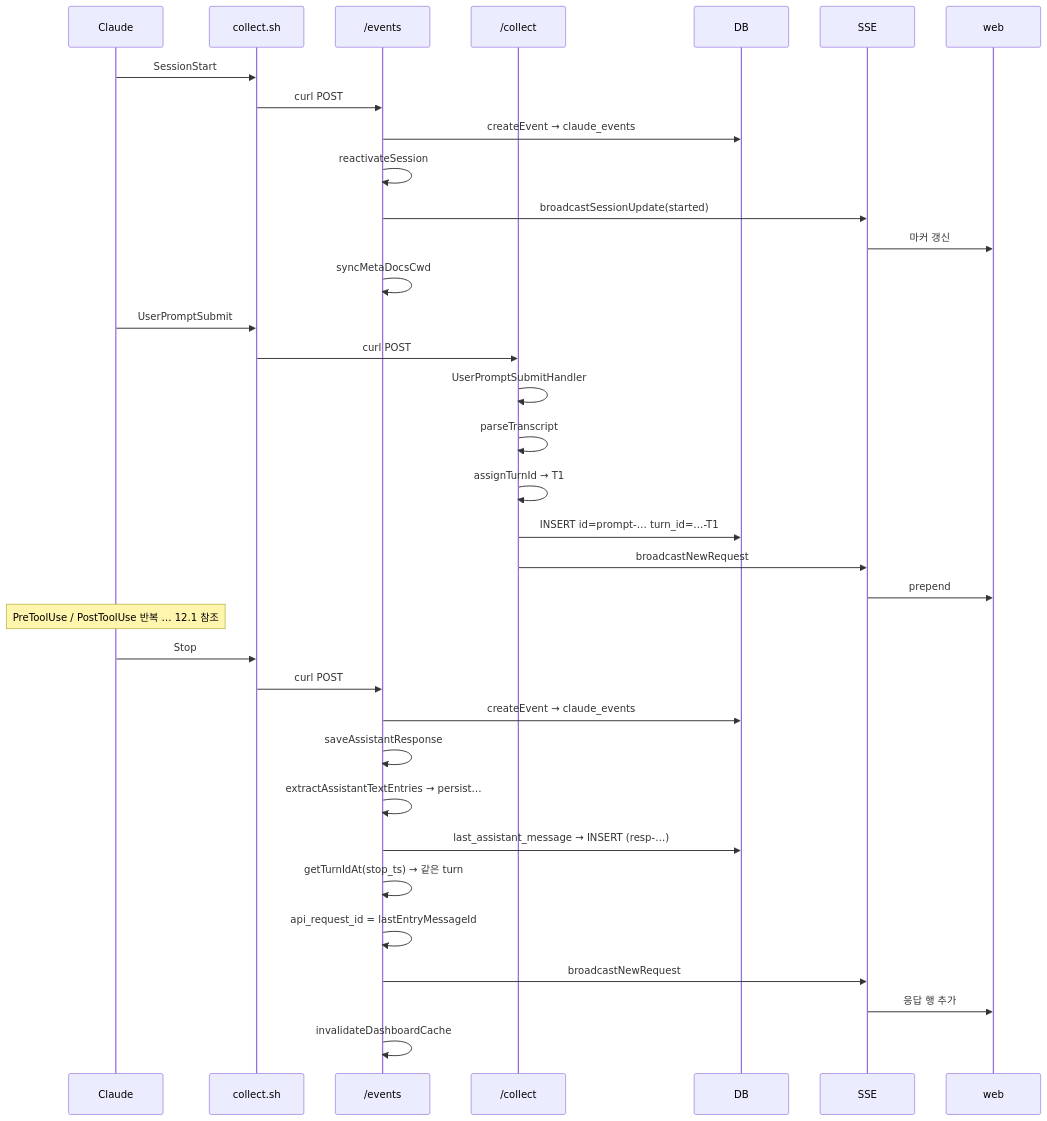
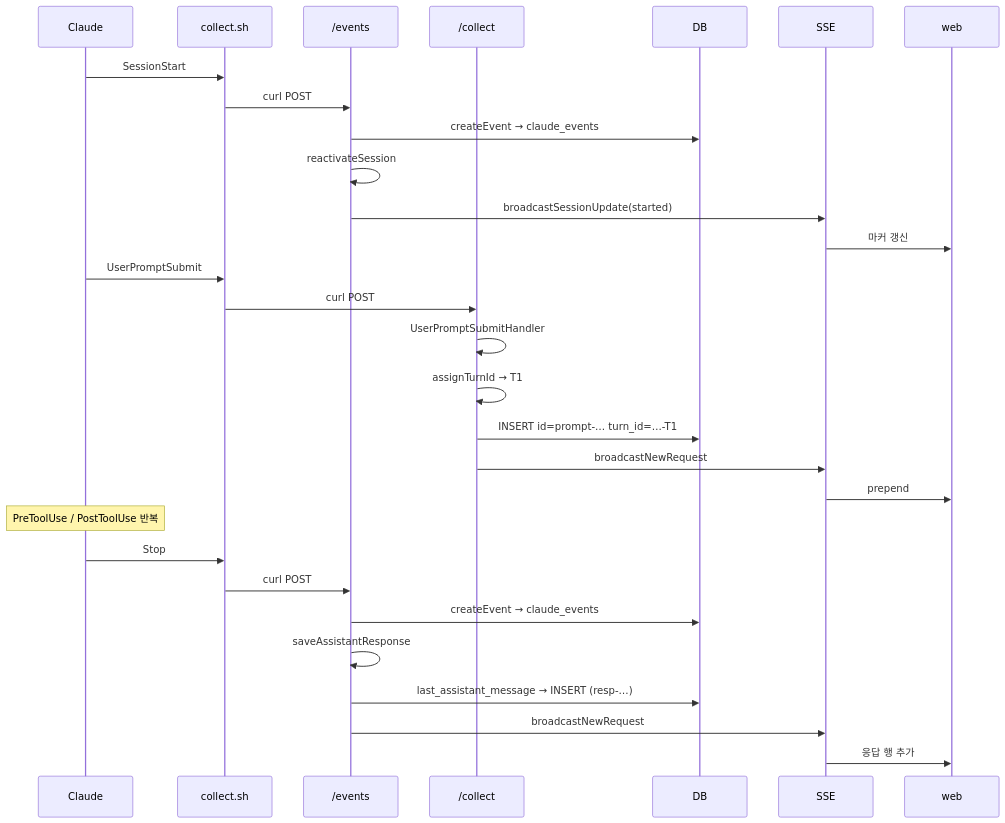
The fourth of 4 diagrams in docs/architecture/data-flow.md (gmoon92/claude-spyglass), drawn with Mermaid before and after one commit. The commit also changed other lines of this file and 36 other files, not shown here.

````diff
--- a/docs/architecture/data-flow.md
+++ b/docs/architecture/data-flow.md
@@ -570,41 +332,35 @@
 ```mermaid
 sequenceDiagram
   participant Claude
   participant collect.sh
   participant events as /events
   participant collect as /collect
   participant DB
   participant SSE
   participant web
 
   Claude->>collect.sh: SessionStart
   collect.sh->>events: curl POST
   events->>DB: createEvent → claude_events
   events->>events: reactivateSession
   events->>SSE: broadcastSessionUpdate(started)
   SSE->>web: 마커 갱신
-  events->>events: syncMetaDocsCwd
 
   Claude->>collect.sh: UserPromptSubmit
   collect.sh->>collect: curl POST
   collect->>collect: UserPromptSubmitHandler
-  collect->>collect: parseTranscript
   collect->>collect: assignTurnId → T1
   collect->>DB: INSERT id=prompt-… turn_id=…-T1
   collect->>SSE: broadcastNewRequest
   SSE->>web: prepend
 
-  Note over Claude: PreToolUse / PostToolUse 반복 … 12.1 참조
+  Note over Claude: PreToolUse / PostToolUse 반복
 
   Claude->>collect.sh: Stop
   collect.sh->>events: curl POST
   events->>DB: createEvent → claude_events
   events->>events: saveAssistantResponse
-  events->>events: extractAssistantTextEntries → persist…
   events->>DB: last_assistant_message → INSERT (resp-…)
-  events->>events: getTurnIdAt(stop_ts) → 같은 turn
-  events->>events: api_request_id = lastEntryMessageId
   events->>SSE: broadcastNewRequest
   SSE->>web: 응답 행 추가
-  events->>events: invalidateDashboardCache
 ```
````
